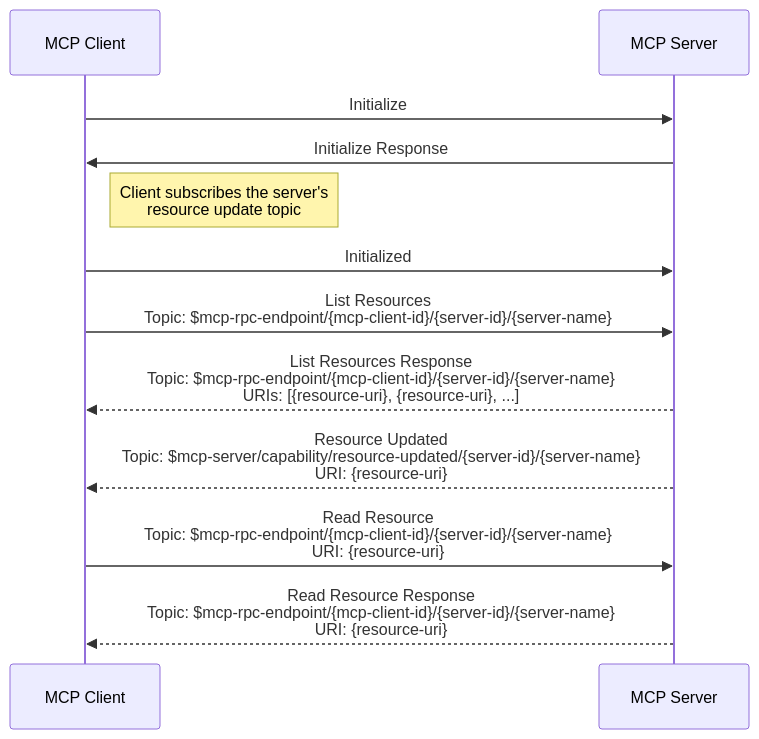
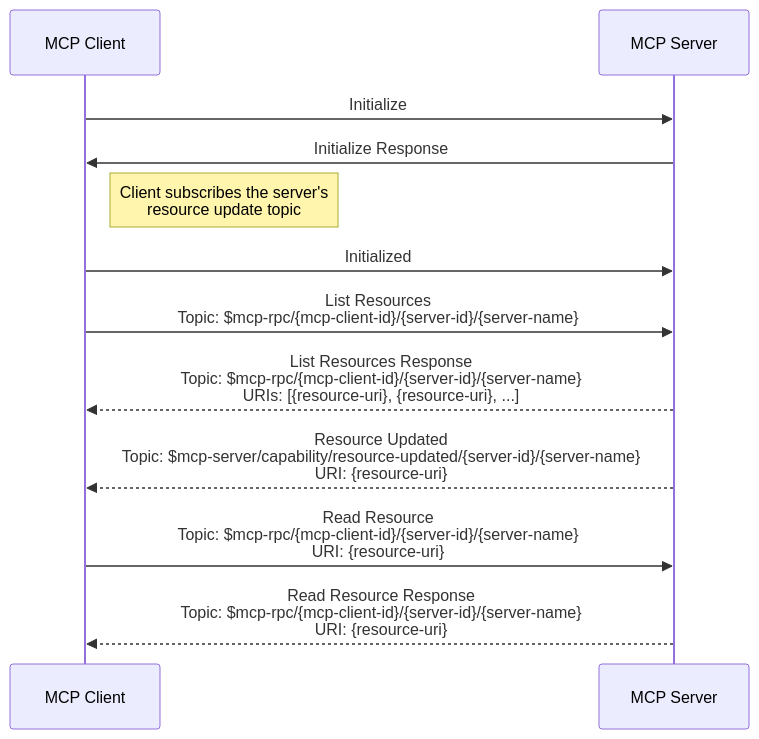
One commit to mqtt-ai/mcp-over-mqtt changed the fourth of 4 diagrams in specification/2025-03-26/basic/mqtt_transport.md. Above: the diagram before and after it, drawn with Mermaid. The commit also changed other lines of this file, not shown here.

Commit message:
rename topic $mcp-rpc-endpoint to $mcp-rpc

````diff
--- a/specification/2025-03-26/basic/mqtt_transport.md
+++ b/specification/2025-03-26/basic/mqtt_transport.md
@@ -373,21 +373,21 @@
 ```mermaid
 
 sequenceDiagram
     participant MCP_Client as MCP Client
     participant MCP_Server as MCP Server
 
     MCP_Client ->> MCP_Server: Initialize
     MCP_Server ->> MCP_Client: Initialize Response
     Note right of MCP_Client: Client subscribes the server's<br/>resource update topic
     MCP_Client ->> MCP_Server: Initialized
 
-    MCP_Client ->> MCP_Server: List Resources<br/>Topic: $mcp-rpc-endpoint/{mcp-client-id}/{server-id}/{server-name}
+    MCP_Client ->> MCP_Server: List Resources<br/>Topic: $mcp-rpc/{mcp-client-id}/{server-id}/{server-name}
 
-    MCP_Server -->> MCP_Client: List Resources Response<br/>Topic: $mcp-rpc-endpoint/{mcp-client-id}/{server-id}/{server-name}<br/>URIs: [{resource-uri}, {resource-uri}, ...]
+    MCP_Server -->> MCP_Client: List Resources Response<br/>Topic: $mcp-rpc/{mcp-client-id}/{server-id}/{server-name}<br/>URIs: [{resource-uri}, {resource-uri}, ...]
 
     MCP_Server -->> MCP_Client: Resource Updated<br/>Topic: $mcp-server/capability/resource-updated/{server-id}/{server-name}<br/>URI: {resource-uri}
 
-    MCP_Client ->> MCP_Server: Read Resource<br/>Topic: $mcp-rpc-endpoint/{mcp-client-id}/{server-id}/{server-name}<br/>URI: {resource-uri}
+    MCP_Client ->> MCP_Server: Read Resource<br/>Topic: $mcp-rpc/{mcp-client-id}/{server-id}/{server-name}<br/>URI: {resource-uri}
 
-    MCP_Server -->> MCP_Client: Read Resource Response<br/>Topic: $mcp-rpc-endpoint/{mcp-client-id}/{server-id}/{server-name}<br/>URI: {resource-uri}
+    MCP_Server -->> MCP_Client: Read Resource Response<br/>Topic: $mcp-rpc/{mcp-client-id}/{server-id}/{server-name}<br/>URI: {resource-uri}
 ```
````
